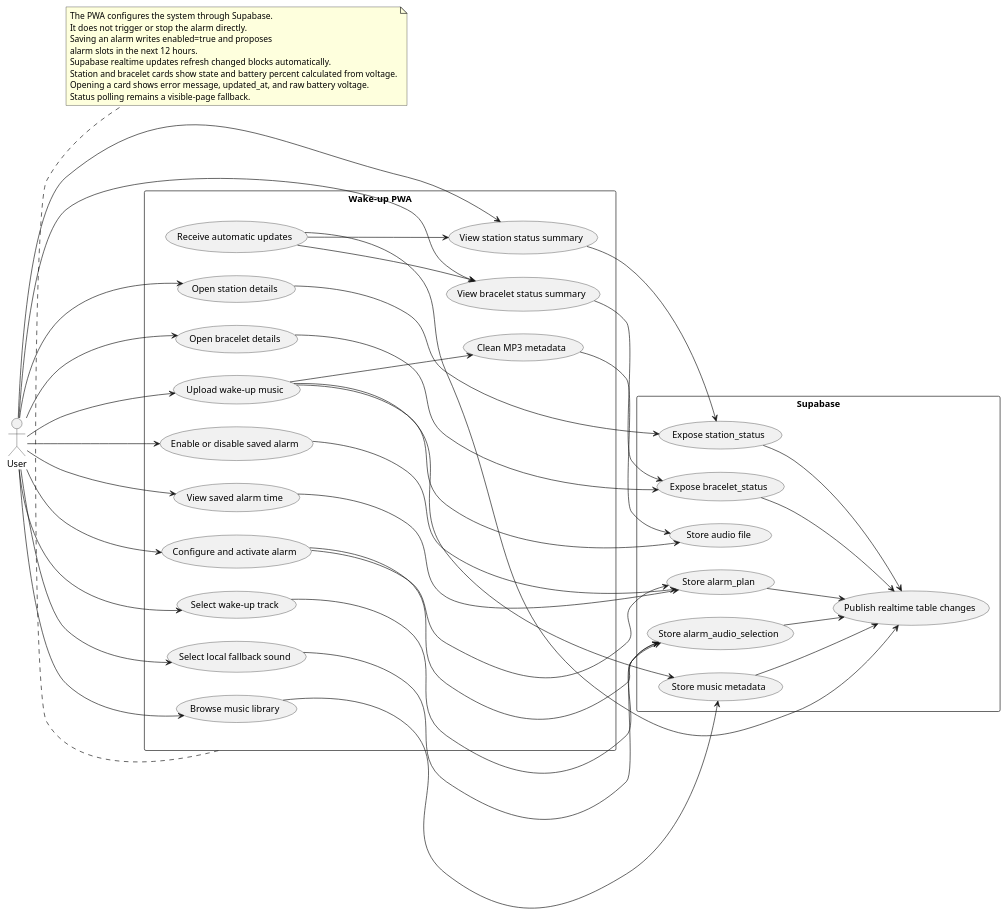
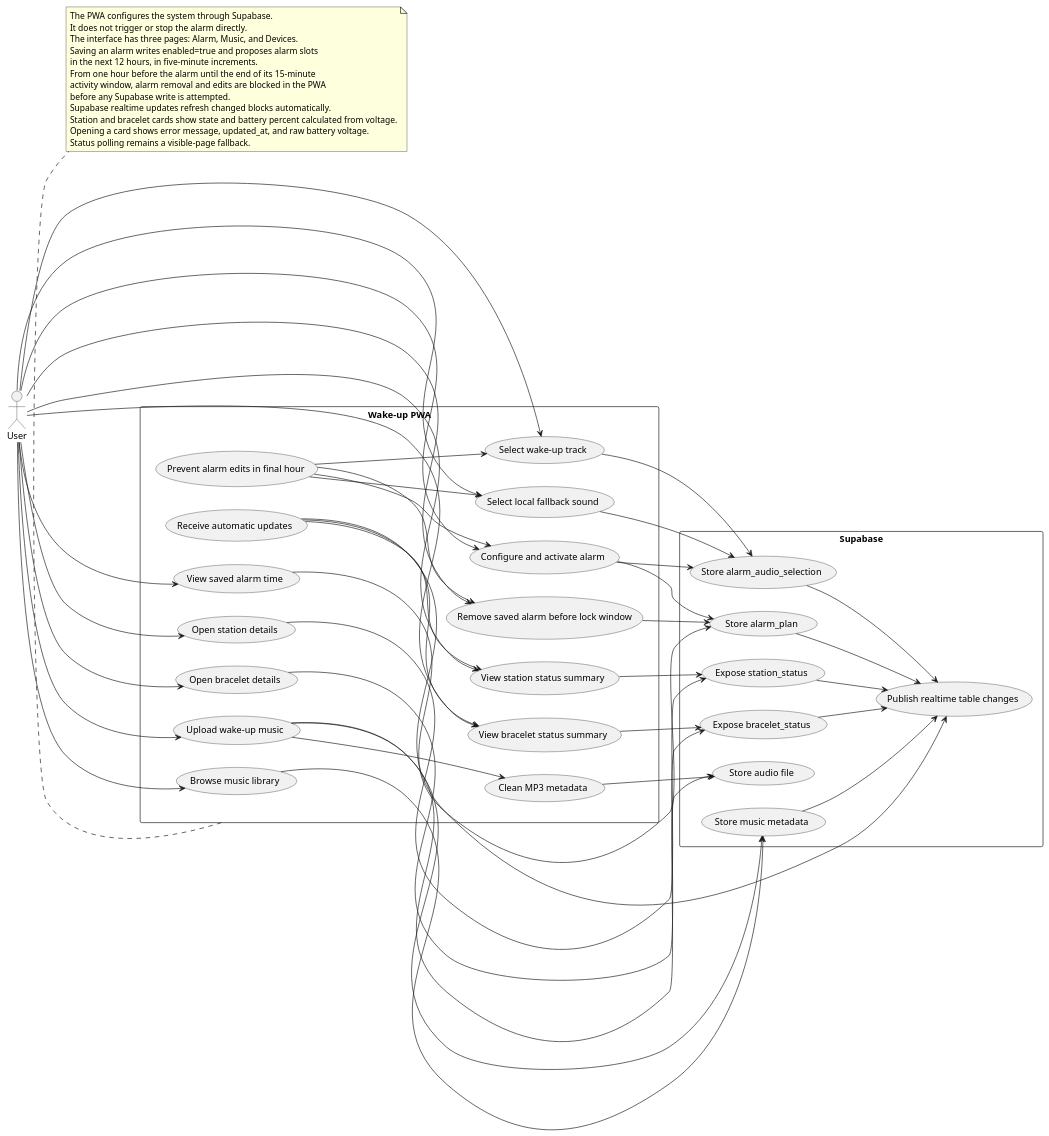
One commit to Jzn-wbr/Starter changed the diagram in code/app mobile/UML/use_cases.puml. Above: the diagram before and after it, drawn with PlantUML. The commit also changed 2 other files, not shown here.

Commit message:
Redesign mobile PWA interface

```diff
--- a/code/app mobile/UML/use_cases.puml
+++ b/code/app mobile/UML/use_cases.puml
@@ -1,81 +1,90 @@
 @startuml
 left to right direction
 skinparam packageStyle rectangle
 skinparam shadowing false
 
 actor "User" as User
 
 rectangle "Wake-up PWA" {
   usecase "Upload wake-up music" as UploadMusic
   usecase "Clean MP3 metadata" as CleanMp3Metadata
   usecase "Browse music library" as BrowseMusic
   usecase "Select wake-up track" as SelectTrack
   usecase "Select local fallback sound" as SelectFallback
   usecase "Configure and activate alarm" as ConfigureAlarm
   usecase "View saved alarm time" as ViewSavedAlarm
-  usecase "Enable or disable saved alarm" as ToggleAlarm
+  usecase "Remove saved alarm before lock window" as RemoveAlarm
+  usecase "Prevent alarm edits in final hour" as LockAlarm
   usecase "View station status summary" as ViewStationStatus
   usecase "View bracelet status summary" as ViewBraceletStatus
   usecase "Open station details" as ViewStationDetails
   usecase "Open bracelet details" as ViewBraceletDetails
   usecase "Receive automatic updates" as ReceiveUpdates
 }
 
 rectangle "Supabase" {
   usecase "Store audio file" as StoreAudio
   usecase "Store music metadata" as StoreMusicMetadata
   usecase "Store alarm_plan" as StoreAlarmPlan
   usecase "Store alarm_audio_selection" as StoreAlarmAudio
   usecase "Expose station_status" as ExposeStationStatus
   usecase "Expose bracelet_status" as ExposeBraceletStatus
   usecase "Publish realtime table changes" as PublishRealtime
 }
 
 User --> UploadMusic
 User --> BrowseMusic
 User --> SelectTrack
 User --> SelectFallback
 User --> ConfigureAlarm
 User --> ViewSavedAlarm
-User --> ToggleAlarm
+User --> RemoveAlarm
+LockAlarm --> ConfigureAlarm
+LockAlarm --> SelectTrack
+LockAlarm --> SelectFallback
+LockAlarm --> RemoveAlarm
 User --> ViewStationStatus
 User --> ViewBraceletStatus
 User --> ViewStationDetails
 User --> ViewBraceletDetails
 ReceiveUpdates --> ViewStationStatus
 ReceiveUpdates --> ViewBraceletStatus
 
 UploadMusic --> StoreAudio
 UploadMusic --> StoreMusicMetadata
 UploadMusic --> CleanMp3Metadata
 CleanMp3Metadata --> StoreAudio
 BrowseMusic --> StoreMusicMetadata
 SelectTrack --> StoreAlarmAudio
 SelectFallback --> StoreAlarmAudio
 ConfigureAlarm --> StoreAlarmPlan
 ConfigureAlarm --> StoreAlarmAudio
 ViewSavedAlarm --> StoreAlarmPlan
-ToggleAlarm --> StoreAlarmPlan
+RemoveAlarm --> StoreAlarmPlan
 ViewStationStatus --> ExposeStationStatus
 ViewBraceletStatus --> ExposeBraceletStatus
 ViewStationDetails --> ExposeStationStatus
 ViewBraceletDetails --> ExposeBraceletStatus
 ExposeStationStatus --> PublishRealtime
 ExposeBraceletStatus --> PublishRealtime
 StoreAlarmPlan --> PublishRealtime
 StoreAlarmAudio --> PublishRealtime
 StoreMusicMetadata --> PublishRealtime
 ReceiveUpdates --> PublishRealtime
 
 note bottom of "Wake-up PWA"
   The PWA configures the system through Supabase.
   It does not trigger or stop the alarm directly.
-  Saving an alarm writes enabled=true and proposes
-  alarm slots in the next 12 hours.
+  The interface has three pages: Alarm, Music, and Devices.
+  Saving an alarm writes enabled=true and proposes alarm slots
+  in the next 12 hours, in five-minute increments.
+  From one hour before the alarm until the end of its 15-minute
+  activity window, alarm removal and edits are blocked in the PWA
+  before any Supabase write is attempted.
   Supabase realtime updates refresh changed blocks automatically.
   Station and bracelet cards show state and battery percent calculated from voltage.
   Opening a card shows error message, updated_at, and raw battery voltage.
   Status polling remains a visible-page fallback.
 end note
 
 @enduml
```
